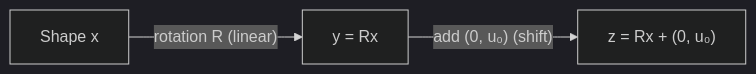
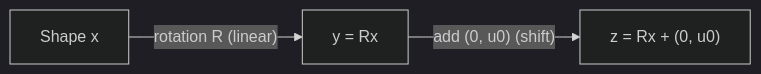
One commit to Choroning/26Spring_Computer-Linear-Algebra changed the first of 2 diagrams in Lecture-Notes/Ch08_Linear-Transformations/Concepts_Lecture.md. Above: the diagram before and after it, drawn with Mermaid (dark theme). The commit also changed other lines of this file and 5 other files, not shown here.

````diff
--- a/Lecture-Notes/Ch08_Linear-Transformations/Concepts_Lecture.md
+++ b/Lecture-Notes/Ch08_Linear-Transformations/Concepts_Lecture.md
@@ -199,5 +199,5 @@
 ```mermaid
 flowchart LR
     X["Shape x"] -->|"rotation R (linear)"| Y["y = Rx"]
-    Y -->|"add (0, u₀) (shift)"| Z["z = Rx + (0, u₀)"]
+    Y -->|"add (0, u0) (shift)"| Z["z = Rx + (0, u0)"]
 ```
````
